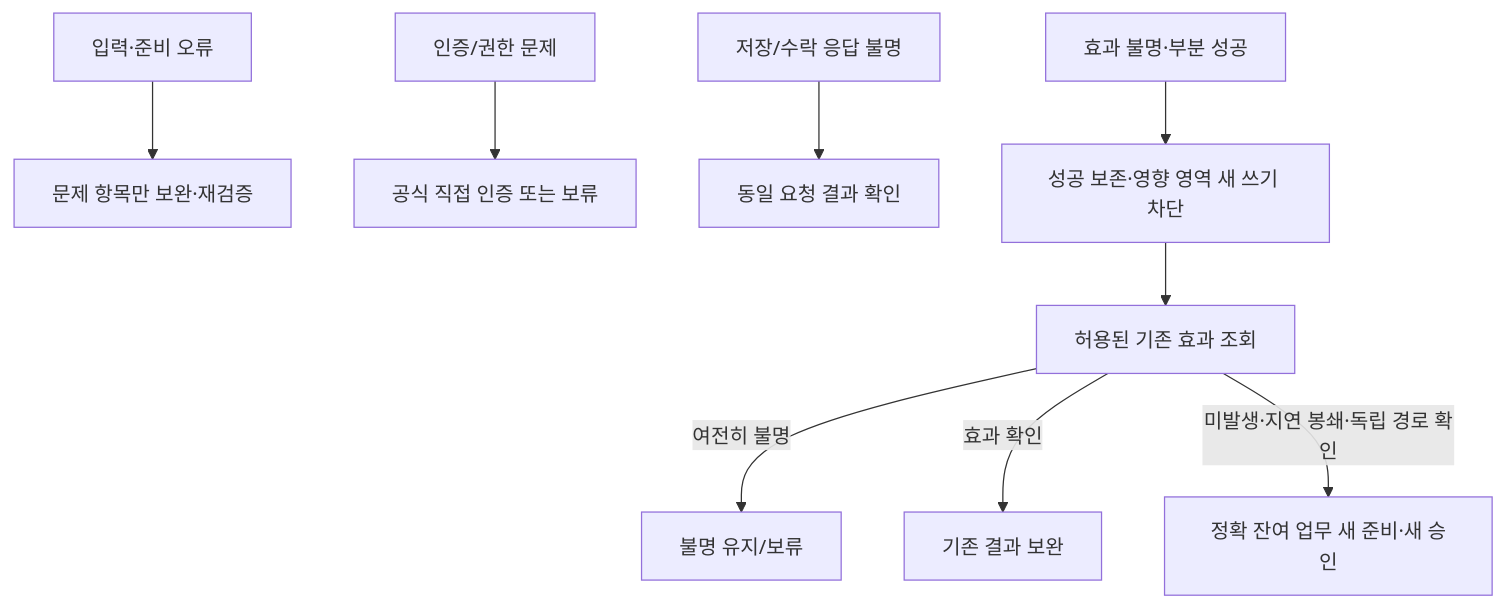
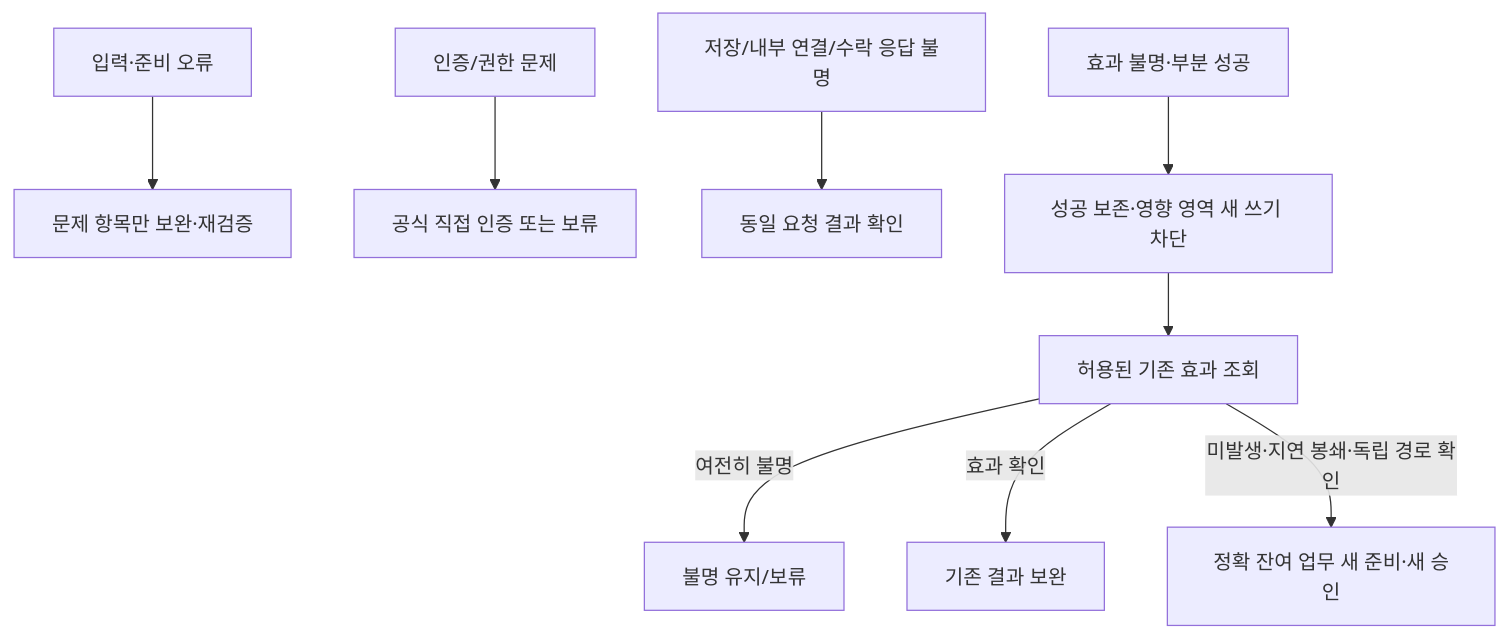
The second of 2 diagrams in docs/review/lesson-registration/USER-STORY-SCREEN-FLOWS-V3.1.md (ik-e/chaja-you), drawn with Mermaid before and after one commit. The commit also changed other lines of this file and 6 other files, not shown here.

````diff
--- a/docs/review/lesson-registration/USER-STORY-SCREEN-FLOWS-V3.1.md
+++ b/docs/review/lesson-registration/USER-STORY-SCREEN-FLOWS-V3.1.md
@@ -176,11 +179,11 @@
 ```mermaid
 flowchart TD
   E["입력·준비 오류"] --> F["문제 항목만 보완·재검증"]
   A["인증/권한 문제"] --> B["공식 직접 인증 또는 보류"]
-  S["저장/수락 응답 불명"] --> T["동일 요청 결과 확인"]
+  S["저장/내부 연결/수락 응답 불명"] --> T["동일 요청 결과 확인"]
   U["효과 불명·부분 성공"] --> V["성공 보존·영향 영역 새 쓰기 차단"]
   V --> W["허용된 기존 효과 조회"]
   W -->|여전히 불명| H["불명 유지/보류"]
   W -->|효과 확인| R["기존 결과 보완"]
   W -->|미발생·지연 봉쇄·독립 경로 확인| N["정확 잔여 업무 새 준비·새 승인"]
 ```
````
